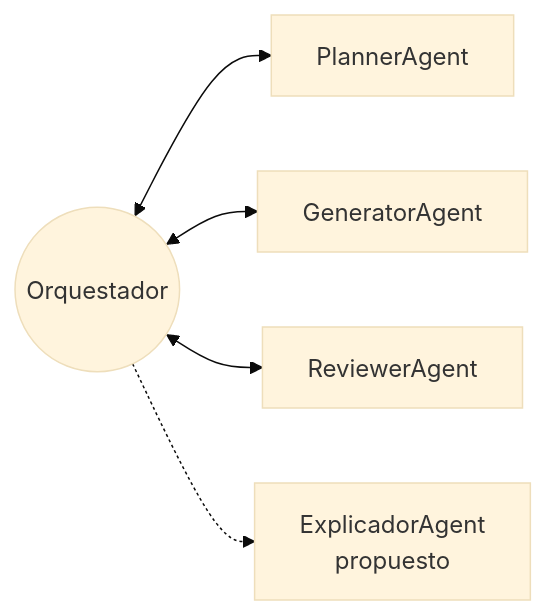
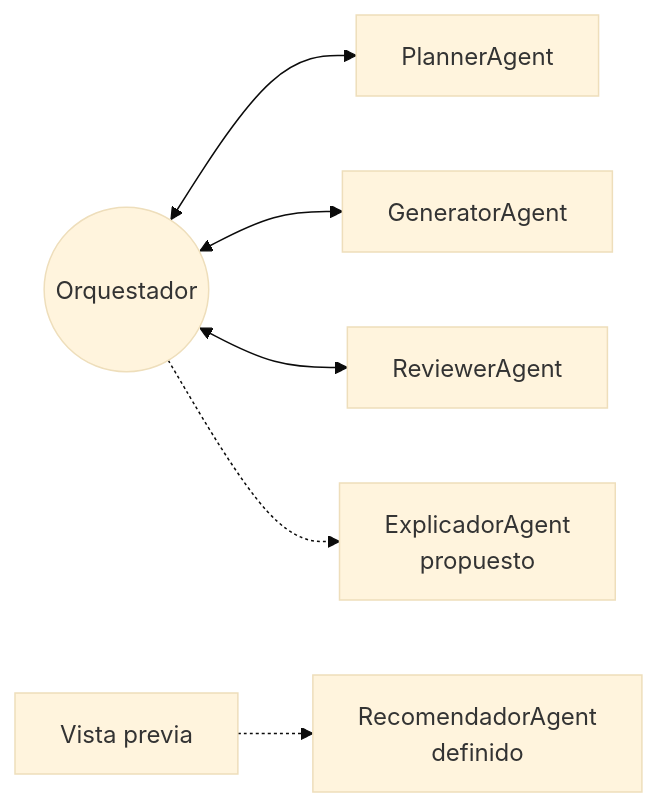
One commit to AngelOncoy/QAgent changed diagram 13 of 13 in docs/arquitectura.md. Above: the diagram before and after it, drawn with Mermaid (base theme). The commit also changed other lines of this file and 3 other files, not shown here.

````diff
--- a/docs/arquitectura.md
+++ b/docs/arquitectura.md
@@ -768,12 +803,15 @@
 ```mermaid
 flowchart LR
     ORQ(("Orquestador"))
     PL["PlannerAgent"]
     GE["GeneratorAgent"]
     RE["ReviewerAgent"]
     EX["ExplicadorAgent<br/>propuesto"]
+    RC["RecomendadorAgent<br/>definido"]
+    VP["Vista previa"]
     ORQ <--> PL
     ORQ <--> GE
     ORQ <--> RE
     ORQ -.-> EX
+    VP -.-> RC
 ```
````
